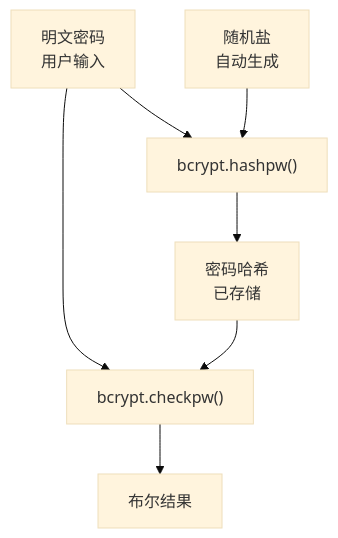
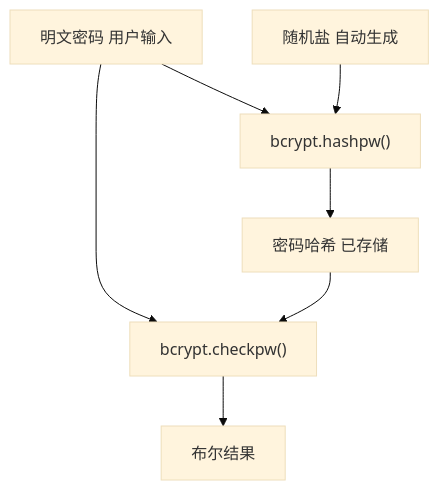
Diagram 28 of 44 in README.md (HKLHaoBin/LyricSphere), drawn with Mermaid (base theme) before and after one commit. The commit also changed other lines of this file, not shown here.

Commit message:
docs: 更新README中的流程图文本格式

````diff
--- a/README.md
+++ b/README.md
@@ -2886,16 +2886,16 @@
 ```mermaid
 flowchart TD
-    PlainPassword["明文密码\n用户输入"]
+    PlainPassword["明文密码 用户输入"]
     BCrypt["bcrypt.hashpw()"]
-    Salt["随机盐\n自动生成"]
-    Hash["密码哈希\n已存储"]
+    Salt["随机盐 自动生成"]
+    Hash["密码哈希 已存储"]
     Verification["bcrypt.checkpw()"]
     Result["布尔结果"]
 
     PlainPassword --> BCrypt
     Salt --> BCrypt
     BCrypt --> Hash
     PlainPassword --> Verification
     Hash --> Verification
     Verification --> Result
 ```
````
